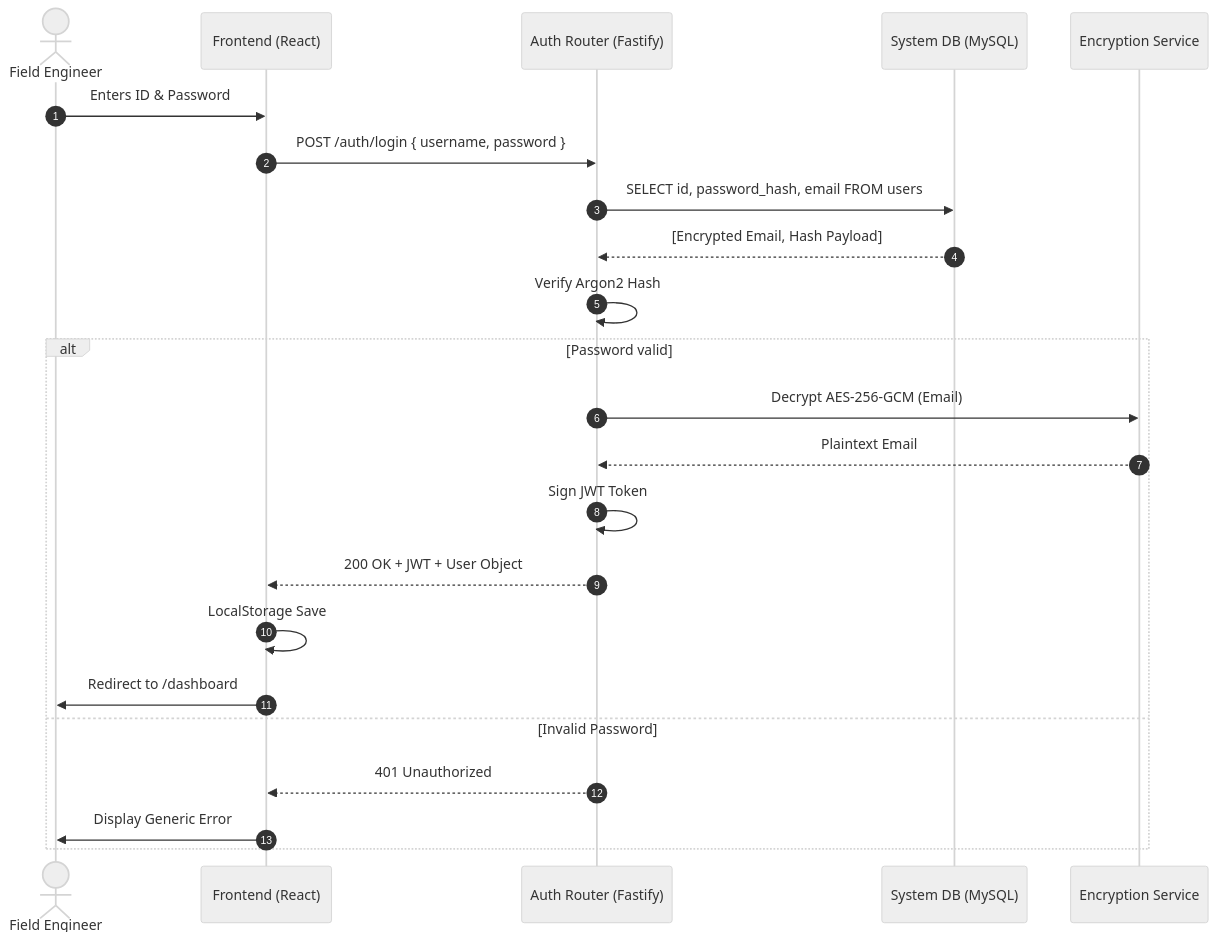
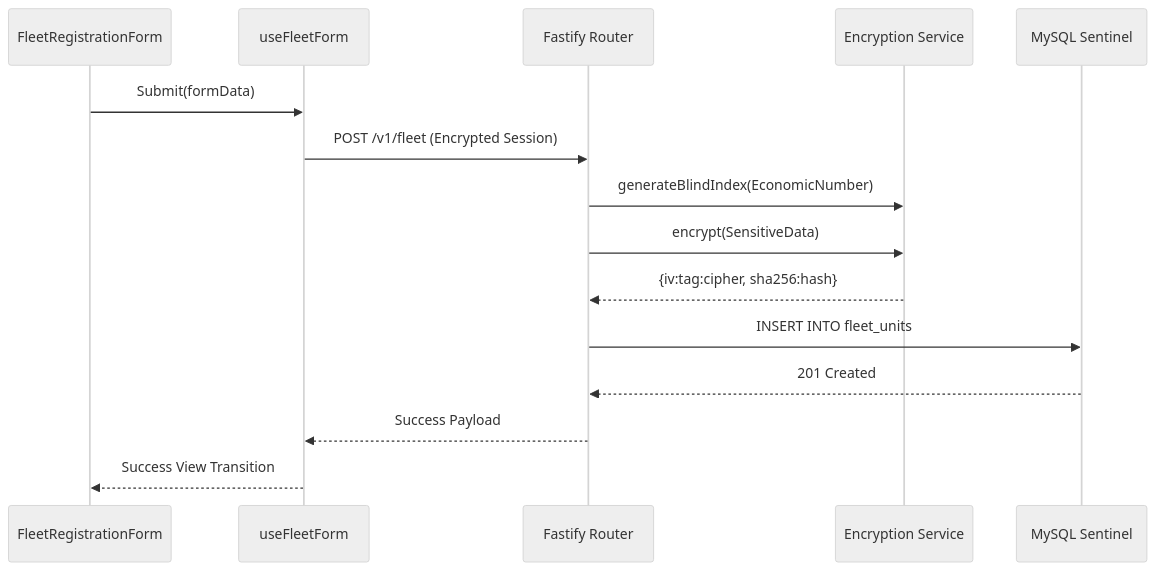
The second of 3 diagrams in SYSTEM_ARCHITECTURE.md (felipemiramontesr/mantenimiento_piic), drawn with Mermaid (neutral theme) before and after one commit. The commit also changed other lines of this file and 27 other files, not shown here.

Commit message:
feat(fleet): v.17.0.0 industrial-grade architectural refactor and high-precision testing ecosystem

````diff
--- a/SYSTEM_ARCHITECTURE.md
+++ b/SYSTEM_ARCHITECTURE.md
@@ -47,26 +48,18 @@
 ```mermaid
 sequenceDiagram
-    autonumber
-    actor User as Field Engineer
-    participant React as Frontend (React)
-    participant Auth as Auth Router (Fastify)
-    participant DB as System DB (MySQL)
+    participant UI as FleetRegistrationForm
+    participant Controller as useFleetForm
+    participant API as Fastify Router
     participant ALE as Encryption Service
+    participant DB as MySQL Sentinel
 
-    User->>React: Enters ID & Password
-    React->>Auth: POST /auth/login { username, password }
-    Auth->>DB: SELECT id, password_hash, email FROM users
-    DB-->>Auth: [Encrypted Email, Hash Payload]
-    Auth->>Auth: Verify Argon2 Hash
-    alt Password valid
-        Auth->>ALE: Decrypt AES-256-GCM (Email)
-        ALE-->>Auth: Plaintext Email
-        Auth->>Auth: Sign JWT Token
-        Auth-->>React: 200 OK + JWT + User Object
-        React->>React: LocalStorage Save
-        React->>User: Redirect to /dashboard
-    else Invalid Password
-        Auth-->>React: 401 Unauthorized
-        React->>User: Display Generic Error
-    end
+    UI->>Controller: Submit(formData)
+    Controller->>API: POST /v1/fleet (Encrypted Session)
+    API->>ALE: generateBlindIndex(EconomicNumber)
+    API->>ALE: encrypt(SensitiveData)
+    ALE-->>API: {iv:tag:cipher, sha256:hash}
+    API->>DB: INSERT INTO fleet_units
+    DB-->>API: 201 Created
+    API-->>Controller: Success Payload
+    Controller-->>UI: Success View Transition
 ```
````
